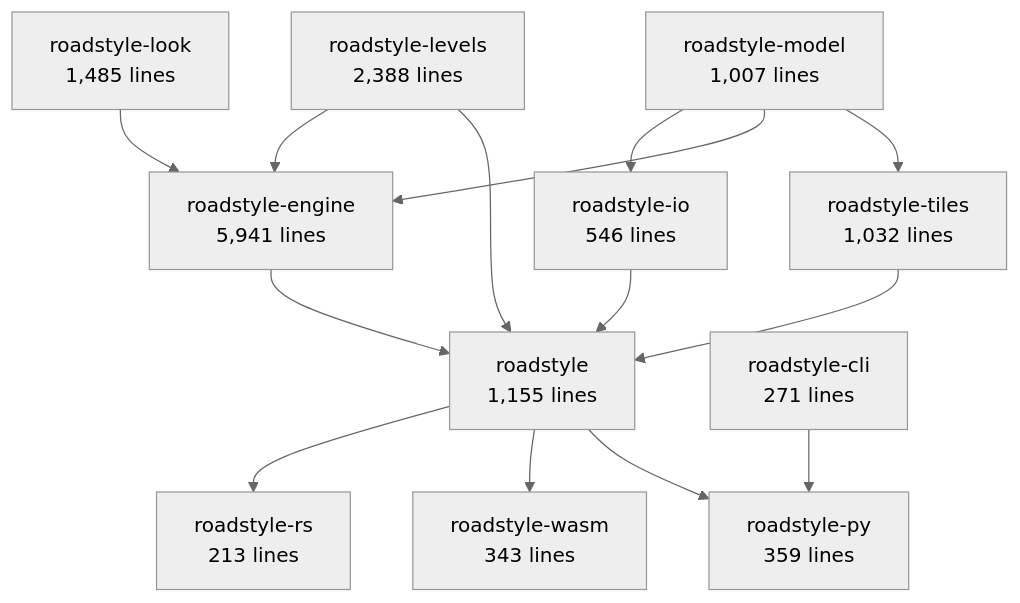
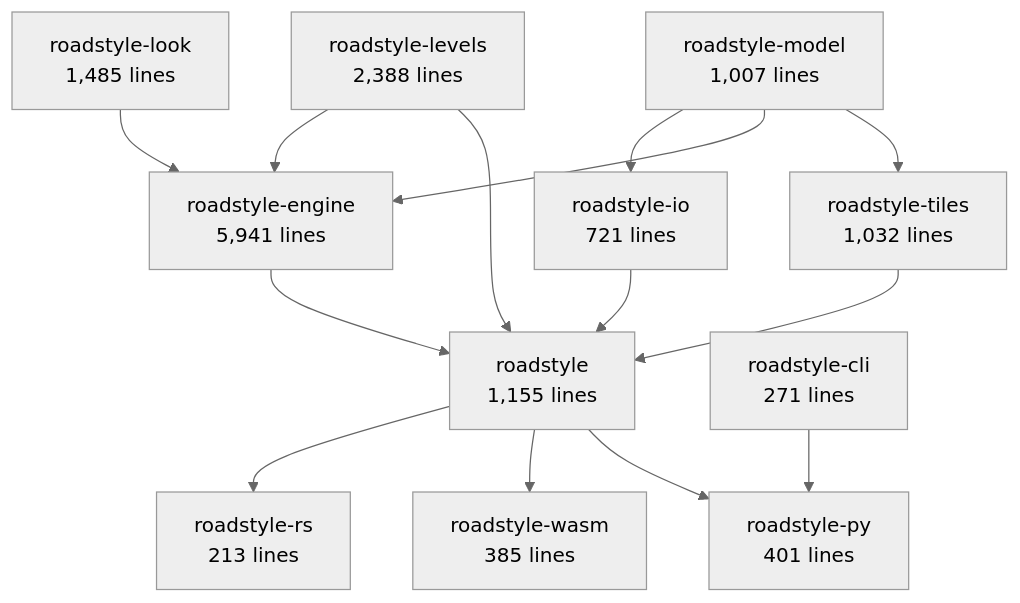
Before and after one commit to Khoshkhah/roadstyle: the second of 6 diagrams in docs/rust/architecture.md, drawn with Mermaid (neutral theme). The commit also changed other lines of this file and 8 other files, not shown here.

````diff
--- a/docs/rust/architecture.md
+++ b/docs/rust/architecture.md
@@ -69,27 +69,27 @@
 ```mermaid
 flowchart TB
     roadstyle_model["roadstyle-model<br/>1,007 lines"]
     roadstyle_look["roadstyle-look<br/>1,485 lines"]
-    roadstyle_io["roadstyle-io<br/>546 lines"]
+    roadstyle_io["roadstyle-io<br/>721 lines"]
     roadstyle_levels["roadstyle-levels<br/>2,388 lines"]
     roadstyle_engine["roadstyle-engine<br/>5,941 lines"]
     roadstyle_tiles["roadstyle-tiles<br/>1,032 lines"]
     roadstyle["roadstyle<br/>1,155 lines"]
     roadstyle_rs["roadstyle-rs<br/>213 lines"]
-    roadstyle_wasm["roadstyle-wasm<br/>343 lines"]
-    roadstyle_py["roadstyle-py<br/>359 lines"]
+    roadstyle_wasm["roadstyle-wasm<br/>385 lines"]
+    roadstyle_py["roadstyle-py<br/>401 lines"]
     roadstyle_cli["roadstyle-cli<br/>271 lines"]
     roadstyle_model --> roadstyle_io
     roadstyle_levels --> roadstyle_engine
     roadstyle_look --> roadstyle_engine
     roadstyle_model --> roadstyle_engine
     roadstyle_model --> roadstyle_tiles
     roadstyle_engine --> roadstyle
     roadstyle_io --> roadstyle
     roadstyle_levels --> roadstyle
     roadstyle_tiles --> roadstyle
     roadstyle --> roadstyle_rs
     roadstyle --> roadstyle_wasm
     roadstyle --> roadstyle_py
     roadstyle_cli --> roadstyle_py
 ```
````
